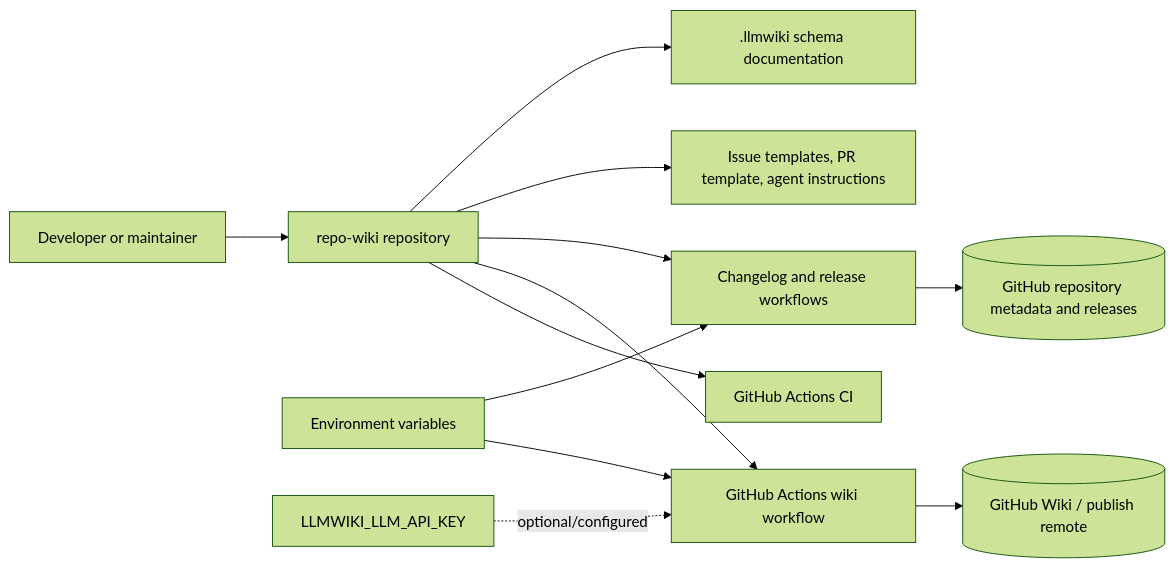
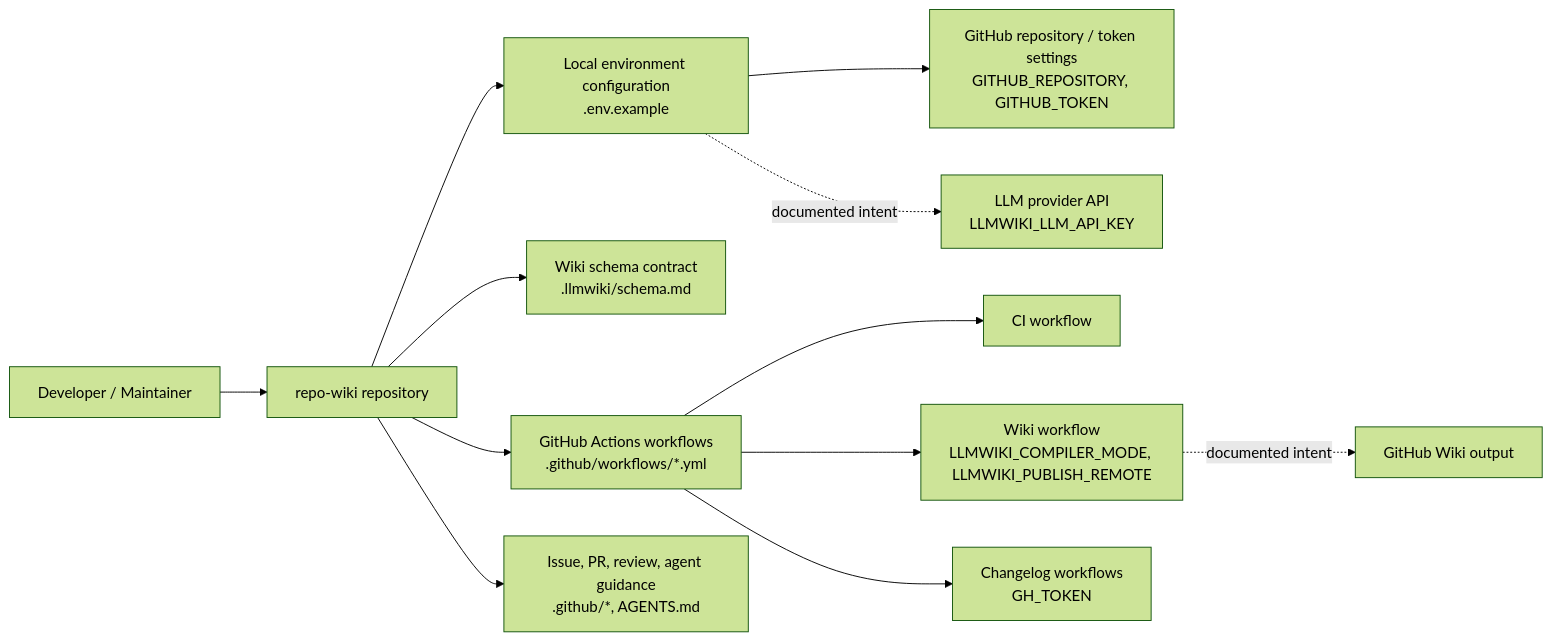
One commit to mfittko/repo-wiki changed the first of 3 diagrams in Architecture.md. Above: the diagram before and after it, drawn with Mermaid (forest theme). The commit also changed other lines of this file and 43 other files, not shown here.

Commit message:
Compile repository wiki 2026-05-14T00:05:18.115Z

````diff
--- a/Architecture.md
+++ b/Architecture.md
@@ -67,18 +55,18 @@
 ```mermaid
 flowchart LR
-  Dev[Developer or maintainer] --> Repo[repo-wiki repository]
+    User["Developer / Maintainer"] --> Repo["repo-wiki repository"]
 
-  Repo --> CI[GitHub Actions CI]
-  Repo --> WikiWorkflow[GitHub Actions wiki workflow]
-  Repo --> ChangelogWorkflows[Changelog and release workflows]
-  Repo --> Governance[Issue templates, PR template, agent instructions]
-  Repo --> Schema[.llmwiki schema documentation]
+    Repo --> Env["Local environment configuration<br/>.env.example"]
+    Repo --> Schema["Wiki schema contract<br/>.llmwiki/schema.md"]
+    Repo --> Workflows["GitHub Actions workflows<br/>.github/workflows/*.yml"]
+    Repo --> Governance["Issue, PR, review, agent guidance<br/>.github/*, AGENTS.md"]
 
-  Env[Environment variables] --> WikiWorkflow
-  Env --> ChangelogWorkflows
+    Env --> GitHubRepo["GitHub repository / token settings<br/>GITHUB_REPOSITORY, GITHUB_TOKEN"]
+    Env -. documented intent .-> LLM["LLM provider API<br/>LLMWIKI_LLM_API_KEY"]
 
-  WikiWorkflow --> GitHubWiki[(GitHub Wiki / publish remote)]
-  ChangelogWorkflows --> GitHubRepo[(GitHub repository metadata and releases)]
+    Workflows --> CI["CI workflow"]
+    Workflows --> WikiAutomation["Wiki workflow<br/>LLMWIKI_COMPILER_MODE, LLMWIKI_PUBLISH_REMOTE"]
+    Workflows --> ChangelogAutomation["Changelog workflows<br/>GH_TOKEN"]
 
-  LLMKey[LLMWIKI_LLM_API_KEY] -. optional/configured .-> WikiWorkflow
+    WikiAutomation -. documented intent .-> GitHubWiki["GitHub Wiki output"]
 ```
````
